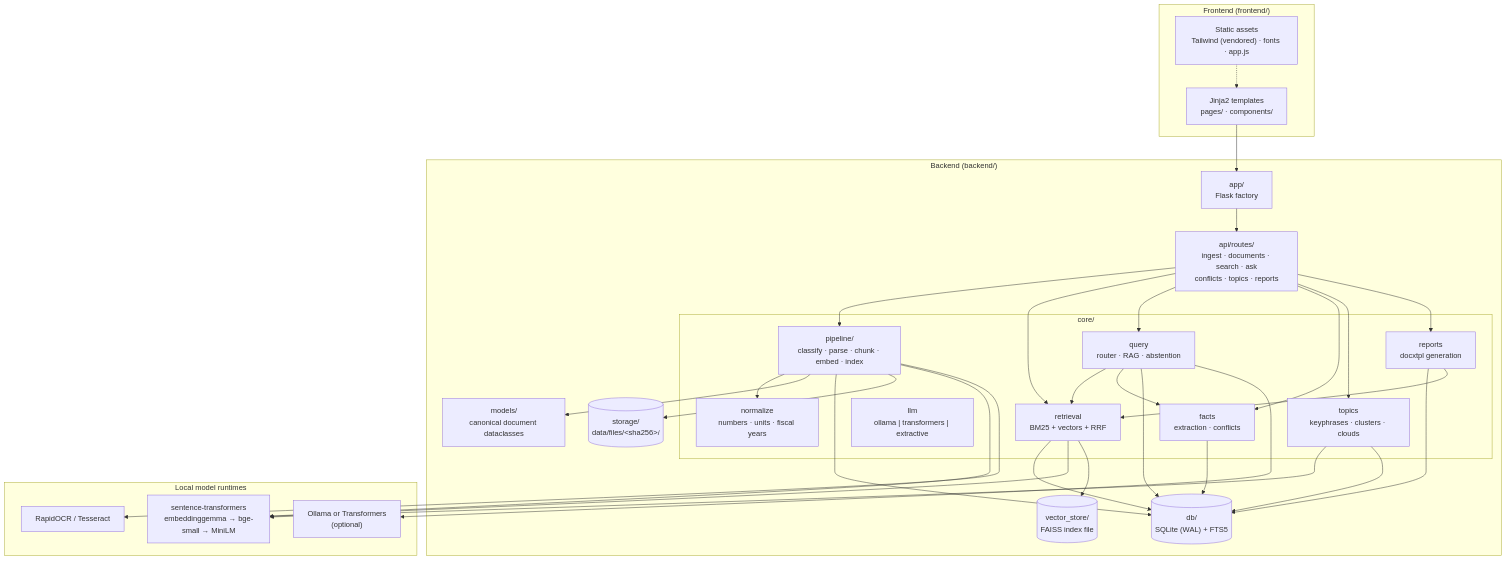
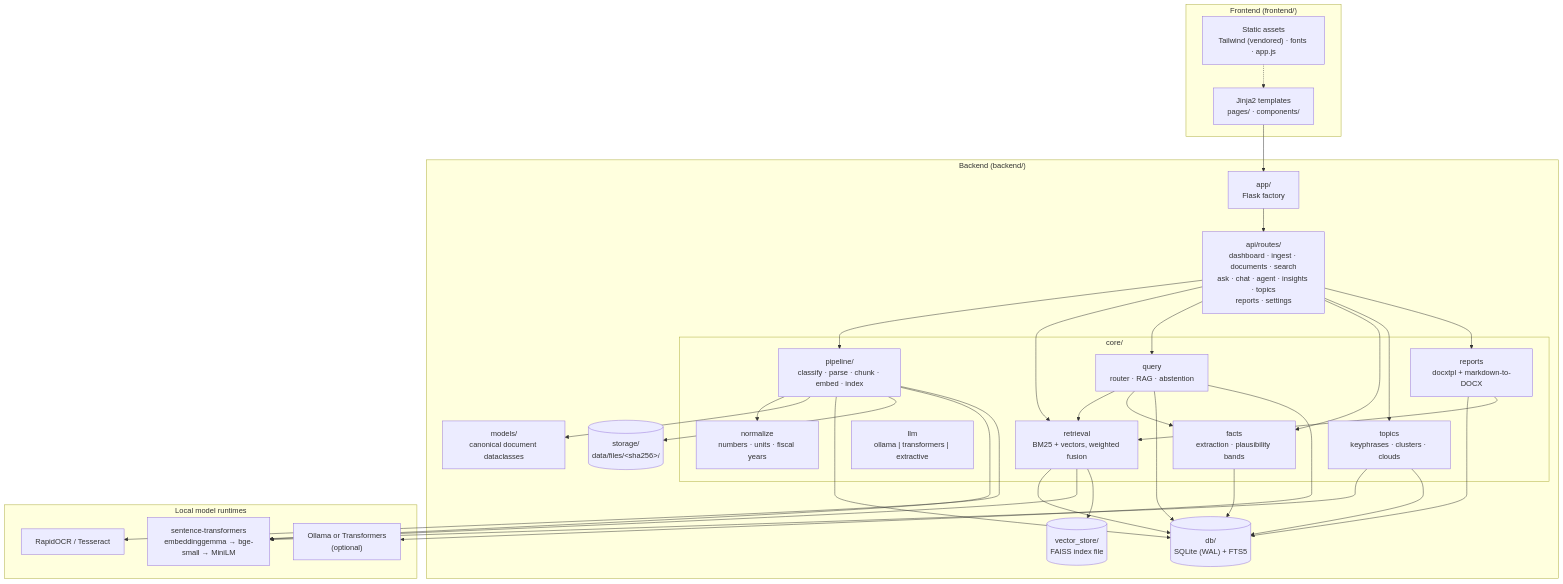
One commit to SpreadSheets600/CMPDI-Intelligence changed the first of 5 diagrams in docs/ARCHITECTURE.md. Above: the diagram before and after it, drawn with Mermaid. The commit also changed other lines of this file and 1 other file, not shown here.

Commit message:
docs: update README and ARCHITECTURE for landing page, unified Ask, filters, Lucide icons and markdown-to-DOCX reports

````diff
--- a/docs/ARCHITECTURE.md
+++ b/docs/ARCHITECTURE.md
@@ -10,62 +10,62 @@
 ```mermaid
 flowchart TB
     subgraph frontend["Frontend (frontend/)"]
         T["Jinja2 templates<br/>pages/ · components/"]
         S["Static assets<br/>Tailwind (vendored) · fonts · app.js"]
     end
 
     subgraph backend["Backend (backend/)"]
         APP["app/<br/>Flask factory"]
-        API["api/routes/<br/>ingest · documents · search · ask<br/>conflicts · topics · reports"]
+        API["api/routes/<br/>dashboard · ingest · documents · search<br/>ask · chat · agent · insights · topics<br/>reports · settings"]
 
         subgraph core["core/"]
             PIPE["pipeline/<br/>classify · parse · chunk · embed · index"]
-            RET["retrieval<br/>BM25 + vectors + RRF"]
-            FACTS["facts<br/>extraction · conflicts"]
+            RET["retrieval<br/>BM25 + vectors, weighted fusion"]
+            FACTS["facts<br/>extraction · plausibility bands"]
             QUERY["query<br/>router · RAG · abstention"]
             LLM["llm<br/>ollama | transformers | extractive"]
             TOPICS["topics<br/>keyphrases · clusters · clouds"]
-            REPORTS["reports<br/>docxtpl generation"]
+            REPORTS["reports<br/>docxtpl + markdown-to-DOCX"]
             NORM["normalize<br/>numbers · units · fiscal years"]
         end
 
         DB[("db/<br/>SQLite (WAL) + FTS5")]
         FAISSI[("vector_store/<br/>FAISS index file")]
         STORE[("storage/<br/>data/files/&lt;sha256&gt;/")]
         MODELS["models/<br/>canonical document dataclasses"]
     end
 
     subgraph local["Local model runtimes"]
         EMB["sentence-transformers<br/>embeddinggemma → bge-small → MiniLM"]
         OCR["RapidOCR / Tesseract"]
         GEN["Ollama or Transformers<br/>(optional)"]
     end
 
     T --> APP
     S -.-> T
     APP --> API
     API --> PIPE
     API --> RET
     API --> QUERY
     API --> FACTS
     API --> TOPICS
     API --> REPORTS
     PIPE --> NORM
     PIPE --> MODELS
     PIPE --> DB
     PIPE --> STORE
     PIPE --> EMB
     PIPE --> OCR
     RET --> DB
     RET --> EMB
     RET --> FAISSI
     FACTS --> DB
     QUERY --> RET
     QUERY --> FACTS
     QUERY --> DB
     QUERY --> GEN
     REPORTS --> DB
     REPORTS --> RET
     TOPICS --> EMB
     TOPICS --> DB
 ```
````
